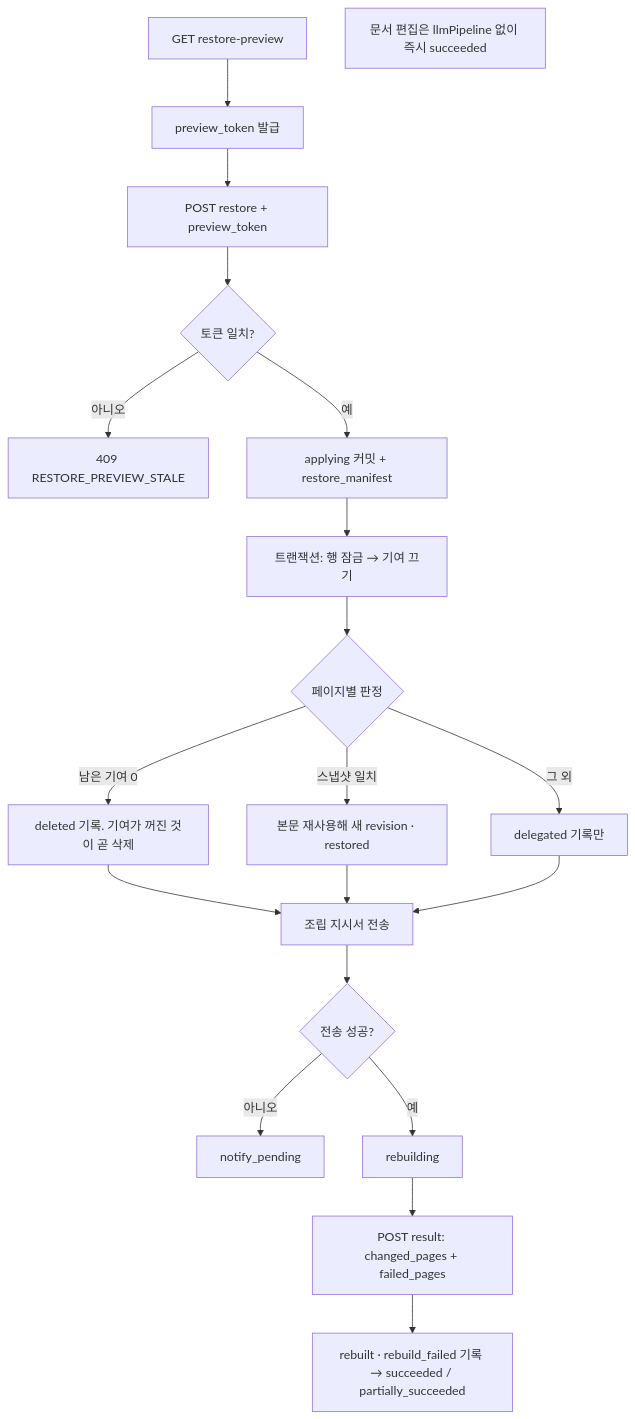
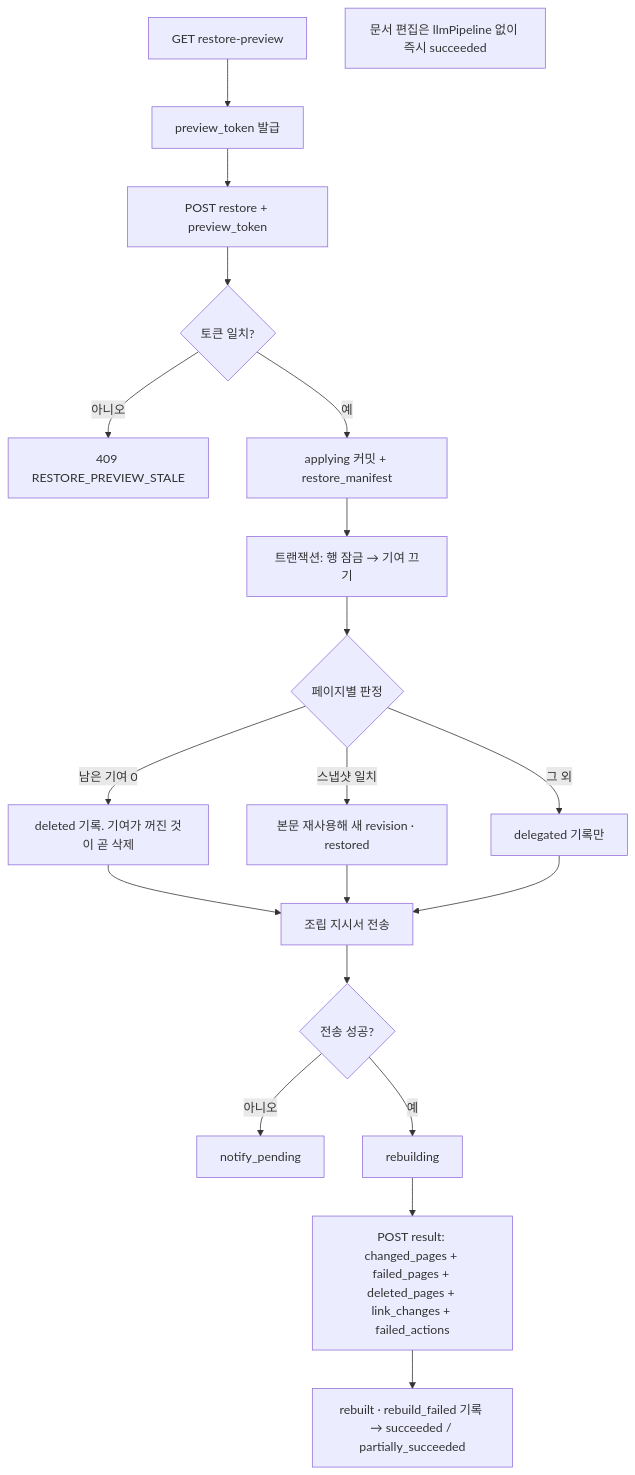
The second of 2 diagrams in docs/spec/api/ai-operation-log.md (FruitionKR/local-pilot), drawn with Mermaid before and after one commit. The commit also changed other lines of this file, not shown here.

````diff
--- a/docs/spec/api/ai-operation-log.md
+++ b/docs/spec/api/ai-operation-log.md
@@ -516,22 +589,22 @@
 ```mermaid
 flowchart TD
     A[GET restore-preview] --> B[preview_token 발급]
     B --> C[POST restore + preview_token]
     C --> D{토큰 일치?}
     D -- 아니오 --> E[409 RESTORE_PREVIEW_STALE]
     D -- 예 --> F[applying 커밋 + restore_manifest]
     F --> G[트랜잭션: 행 잠금 → 기여 끄기]
     G --> H{페이지별 판정}
     H -- 남은 기여 0 --> I[deleted 기록. 기여가 꺼진 것이 곧 삭제]
     H -- 스냅샷 일치 --> J[본문 재사용해 새 revision · restored]
     H -- 그 외 --> K[delegated 기록만]
     I --> L[조립 지시서 전송]
     J --> L
     K --> L
     L --> M{전송 성공?}
     M -- 아니오 --> N[notify_pending]
     M -- 예 --> O[rebuilding]
-    O --> Q[POST result: changed_pages + failed_pages]
+    O --> Q[POST result: changed_pages + failed_pages + deleted_pages + link_changes + failed_actions]
     P[문서 편집은 llmPipeline 없이 즉시 succeeded]
     Q --> R[rebuilt · rebuild_failed 기록 → succeeded / partially_succeeded]
 ```
````
